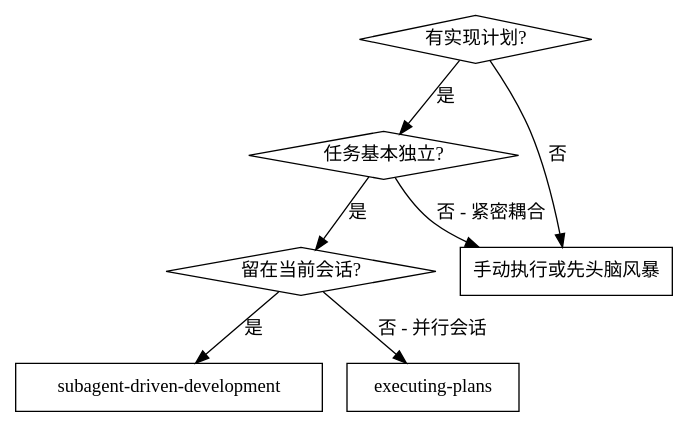
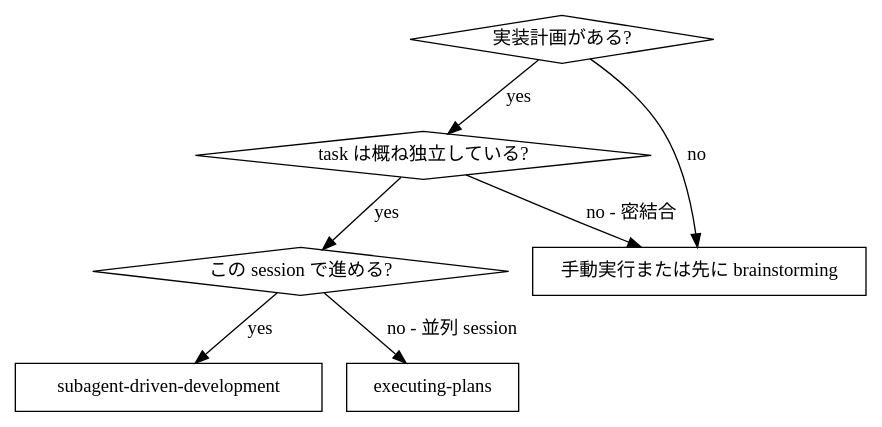
One commit to sscodeai/superpowers-ja changed the first of 2 diagrams in skills/subagent-driven-development/SKILL.md. Above: the diagram before and after it, drawn with Graphviz. The commit also changed other lines of this file and 4 other files, not shown here.

Commit message:
feat(skills): subagent-driven-development を日本語化

````diff
--- a/skills/subagent-driven-development/SKILL.md
+++ b/skills/subagent-driven-development/SKILL.md
@@ -16,17 +18,17 @@
 ```dot
 digraph when_to_use {
-    "有实现计划?" [shape=diamond];
-    "任务基本独立?" [shape=diamond];
-    "留在当前会话?" [shape=diamond];
+    "実装計画がある?" [shape=diamond];
+    "task は概ね独立している?" [shape=diamond];
+    "この session で進める?" [shape=diamond];
     "subagent-driven-development" [shape=box];
     "executing-plans" [shape=box];
-    "手动执行或先头脑风暴" [shape=box];
+    "手動実行または先に brainstorming" [shape=box];
 
-    "有实现计划?" -> "任务基本独立?" [label="是"];
-    "有实现计划?" -> "手动执行或先头脑风暴" [label="否"];
-    "任务基本独立?" -> "留在当前会话?" [label="是"];
-    "任务基本独立?" -> "手动执行或先头脑风暴" [label="否 - 紧密耦合"];
-    "留在当前会话?" -> "subagent-driven-development" [label="是"];
-    "留在当前会话?" -> "executing-plans" [label="否 - 并行会话"];
+    "実装計画がある?" -> "task は概ね独立している?" [label="yes"];
+    "実装計画がある?" -> "手動実行または先に brainstorming" [label="no"];
+    "task は概ね独立している?" -> "この session で進める?" [label="yes"];
+    "task は概ね独立している?" -> "手動実行または先に brainstorming" [label="no - 密結合"];
+    "この session で進める?" -> "subagent-driven-development" [label="yes"];
+    "この session で進める?" -> "executing-plans" [label="no - 並列 session"];
 }
 ```
````
